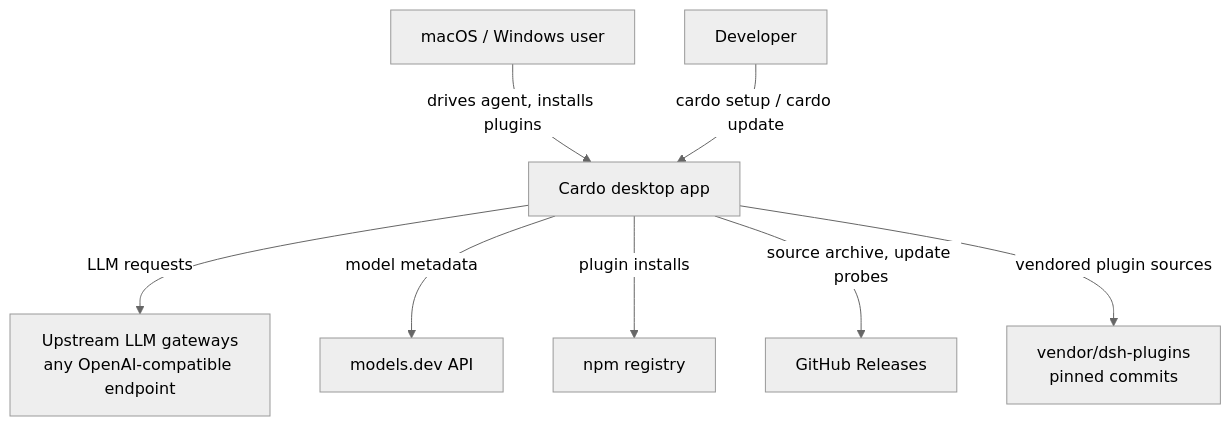
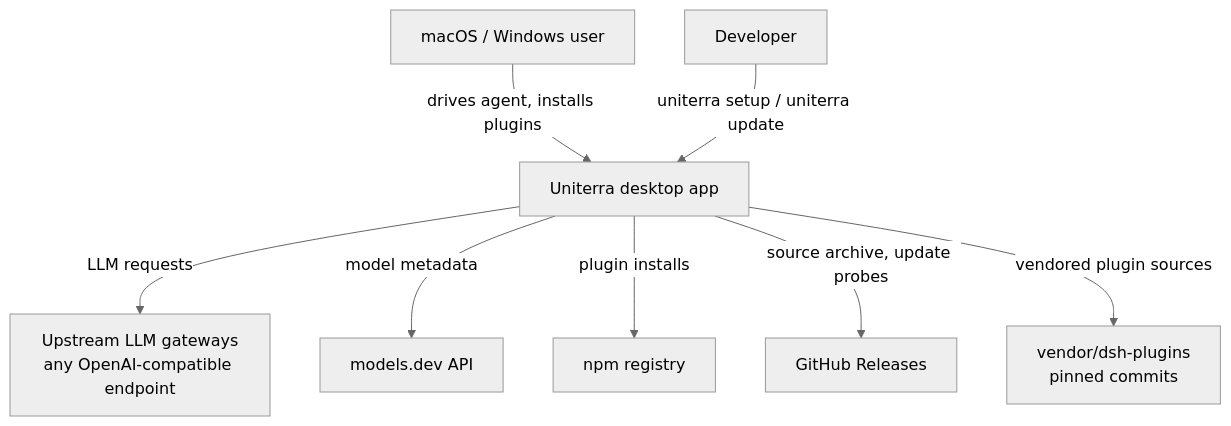
Before and after one commit to Uniterra-Solutions/cardo: the first of 2 diagrams in docs/architecture.md, drawn with Mermaid (neutral theme). The commit also changed other lines of this file and 187 other files, not shown here.

First line of the commit message:
refactor: rename project from cardo to uniterra

````diff
--- a/docs/architecture.md
+++ b/docs/architecture.md
@@ -7,10 +7,10 @@
 ```mermaid
 graph TD
-    User[macOS / Windows user] -->|drives agent, installs plugins| Cardo[Cardo desktop app]
-    Dev[Developer] -->|cardo setup / cardo update| Cardo
-    Cardo -->|LLM requests| Gateway[Upstream LLM gateways<br/>any OpenAI-compatible endpoint]
-    Cardo -->|model metadata| ModelsDev[models.dev API]
-    Cardo -->|plugin installs| Npm[npm registry]
-    Cardo -->|source archive, update probes| GitHub[GitHub Releases]
-    Cardo -->|vendored plugin sources| Vendor[vendor/dsh-plugins<br/>pinned commits]
+    User[macOS / Windows user] -->|drives agent, installs plugins| Uniterra[Uniterra desktop app]
+    Dev[Developer] -->|uniterra setup / uniterra update| Uniterra
+    Uniterra -->|LLM requests| Gateway[Upstream LLM gateways<br/>any OpenAI-compatible endpoint]
+    Uniterra -->|model metadata| ModelsDev[models.dev API]
+    Uniterra -->|plugin installs| Npm[npm registry]
+    Uniterra -->|source archive, update probes| GitHub[GitHub Releases]
+    Uniterra -->|vendored plugin sources| Vendor[vendor/dsh-plugins<br/>pinned commits]
 ```
````
